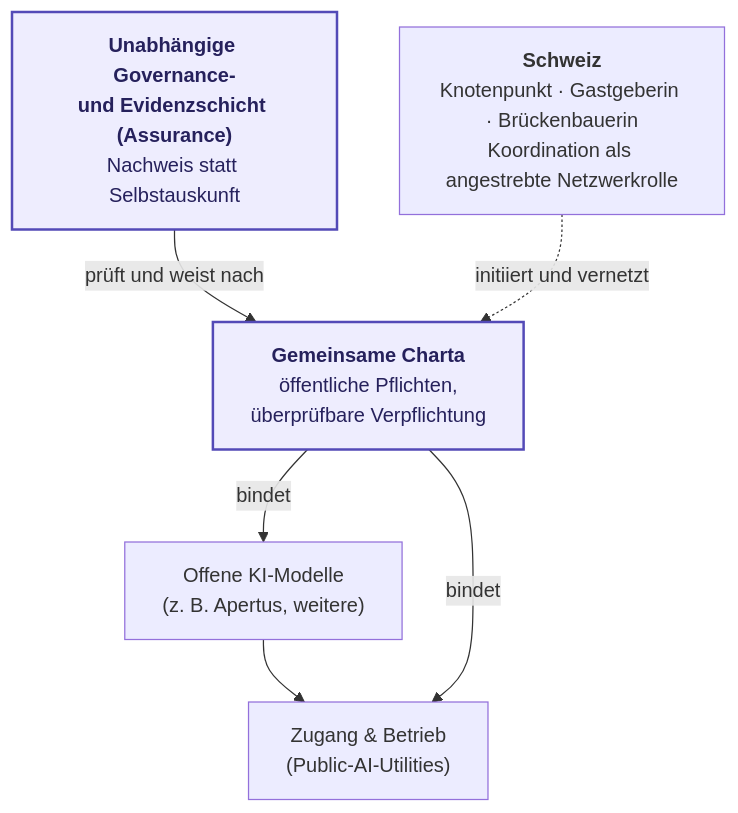
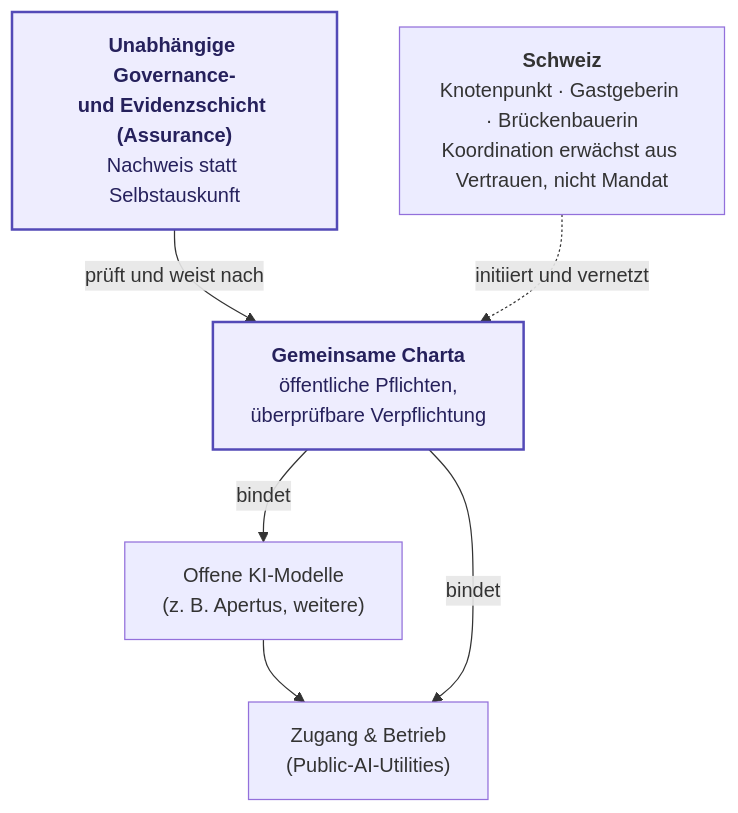
The diagram in docs/Outreach/impulsprogramm-sprint-praesentation.de.md (robertschaub/our-ai-charter), drawn with Mermaid before and after one commit. The commit also changed other lines of this file and 8 other files, not shown here.

````diff
--- a/docs/Outreach/impulsprogramm-sprint-praesentation.de.md
+++ b/docs/Outreach/impulsprogramm-sprint-praesentation.de.md
@@ -31,17 +31,17 @@
 ```mermaid
 flowchart TB
   M["Offene KI-Modelle<br/>(z. B. Apertus, weitere)"]
   A["Zugang & Betrieb<br/>(Public-AI-Utilities)"]
   C["<b>Gemeinsame Charta</b><br/>öffentliche Pflichten,<br/>überprüfbare Verpflichtung"]
   E["<b>Unabhängige Governance-<br/>und Evidenzschicht (Assurance)</b><br/>Nachweis statt Selbstauskunft"]
-  CH["<b>Schweiz</b><br/>Knotenpunkt · Gastgeberin · Brückenbauerin<br/>Koordination als angestrebte Netzwerkrolle"]
+  CH["<b>Schweiz</b><br/>Knotenpunkt · Gastgeberin · Brückenbauerin<br/>Koordination erwächst aus Vertrauen, nicht Mandat"]
 
   M --> A
   C -->|bindet| M
   C -->|bindet| A
   E -->|prüft und weist nach| C
   CH -.->|initiiert und vernetzt| C
 
   classDef hl fill:#EEEDFE,stroke:#534AB7,stroke-width:2px,color:#26215C;
   class C,E hl;
 ```
````
